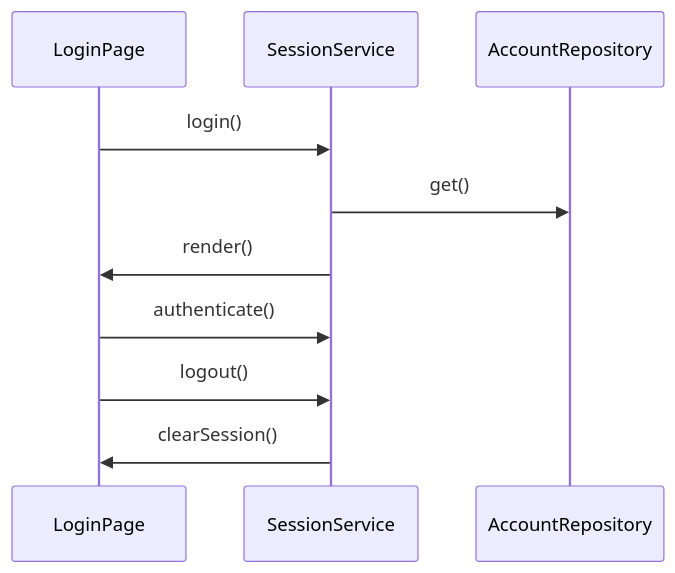
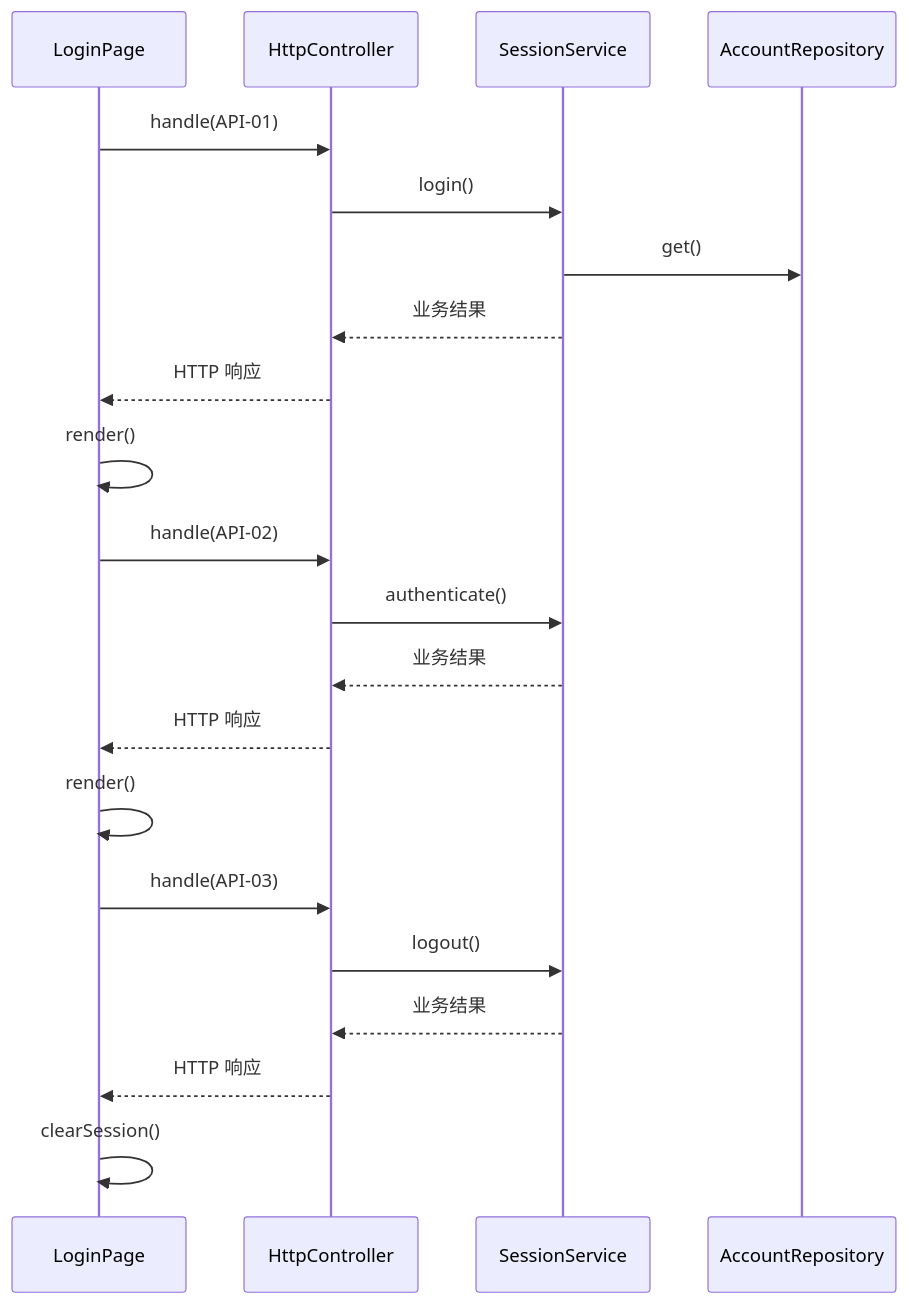
Before and after one commit to Rito-492/campus-sched: the fifth of 44 diagrams in docs/design/software-design-task4.md, drawn with Mermaid. The commit also changed other lines of this file and 3 other files, not shown here.

Commit message:
docs: 修正任务4顺序图HTTP边界与页面调用方向

````diff
--- a/docs/design/software-design-task4.md
+++ b/docs/design/software-design-task4.md
@@ -1138,12 +1144,23 @@
 ```mermaid
 sequenceDiagram
  participant LoginPage
+ participant HttpController
  participant SessionService
  participant AccountRepository
- LoginPage->>SessionService: login()
+ LoginPage->>HttpController: handle(API-01)
+ HttpController->>SessionService: login()
  SessionService->>AccountRepository: get()
- SessionService->>LoginPage: render()
- LoginPage->>SessionService: authenticate()
- LoginPage->>SessionService: logout()
- SessionService->>LoginPage: clearSession()
+ SessionService-->>HttpController: 业务结果
+ HttpController-->>LoginPage: HTTP 响应
+ LoginPage->>LoginPage: render()
+ LoginPage->>HttpController: handle(API-02)
+ HttpController->>SessionService: authenticate()
+ SessionService-->>HttpController: 业务结果
+ HttpController-->>LoginPage: HTTP 响应
+ LoginPage->>LoginPage: render()
+ LoginPage->>HttpController: handle(API-03)
+ HttpController->>SessionService: logout()
+ SessionService-->>HttpController: 业务结果
+ HttpController-->>LoginPage: HTTP 响应
+ LoginPage->>LoginPage: clearSession()
 ```
````
